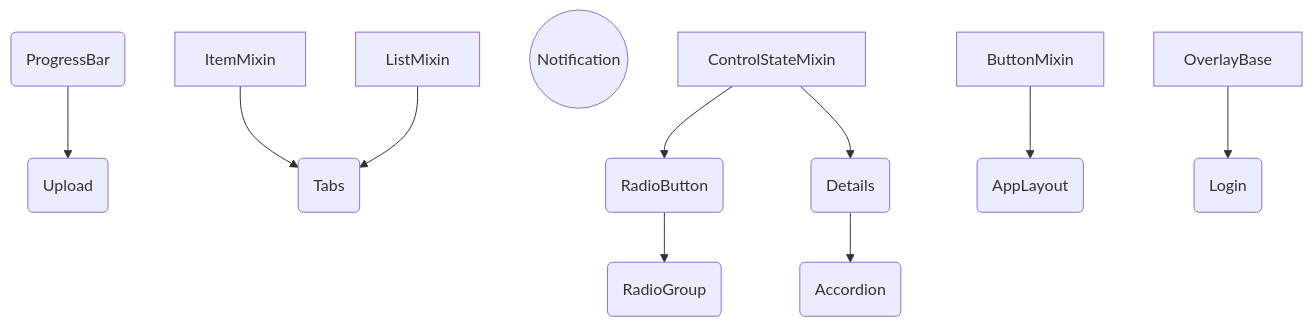
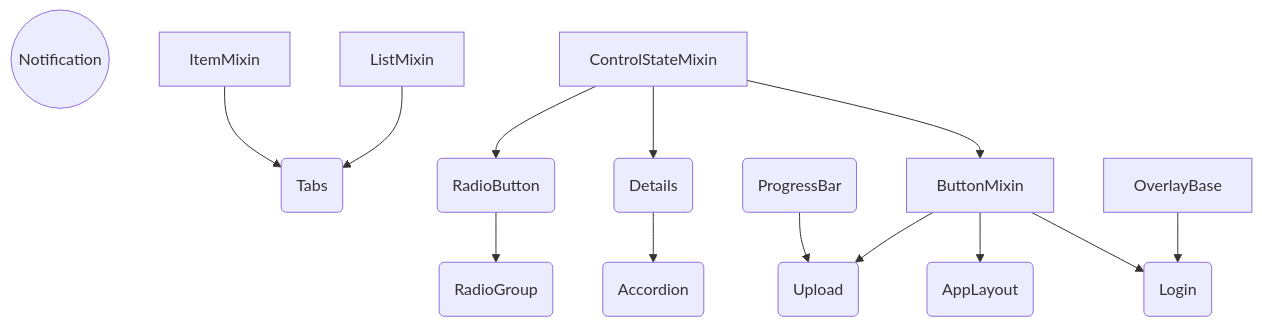
The diagram in PHASE1.md (web-padawan/components-flowchart), drawn with Mermaid before and after one commit.

Commit message:
Update phase 1 to add button relationships

````diff
--- a/PHASE1.md
+++ b/PHASE1.md
@@ -1,26 +1,28 @@
 ```mermaid
 graph TB
-PB(ProgressBar)
-PB --> U(Upload)
-
+N((Notification))
 LM[ListMixin]
 IM[ItemMixin]
-
-N((Notification))
 
 IM --> TB(Tabs)
 LM --> TB
 
 CSM[ControlStateMixin]
 CSM --> RB(RadioButton)
 CSM --> DT(Details)
 
 RB --> RG(RadioGroup)
 
 DT --> A(Accordion)
-BM[ButtonMixin]
+
+PB(ProgressBar)
+PB --> U(Upload)
+
+CSM --> BM[ButtonMixin]
+BM --> U
 BM --> AL(AppLayout)
+BM --> LG(Login)
 
 OB[OverlayBase]
-OB --> LG(Login)
+OB --> LG
 ```
````
